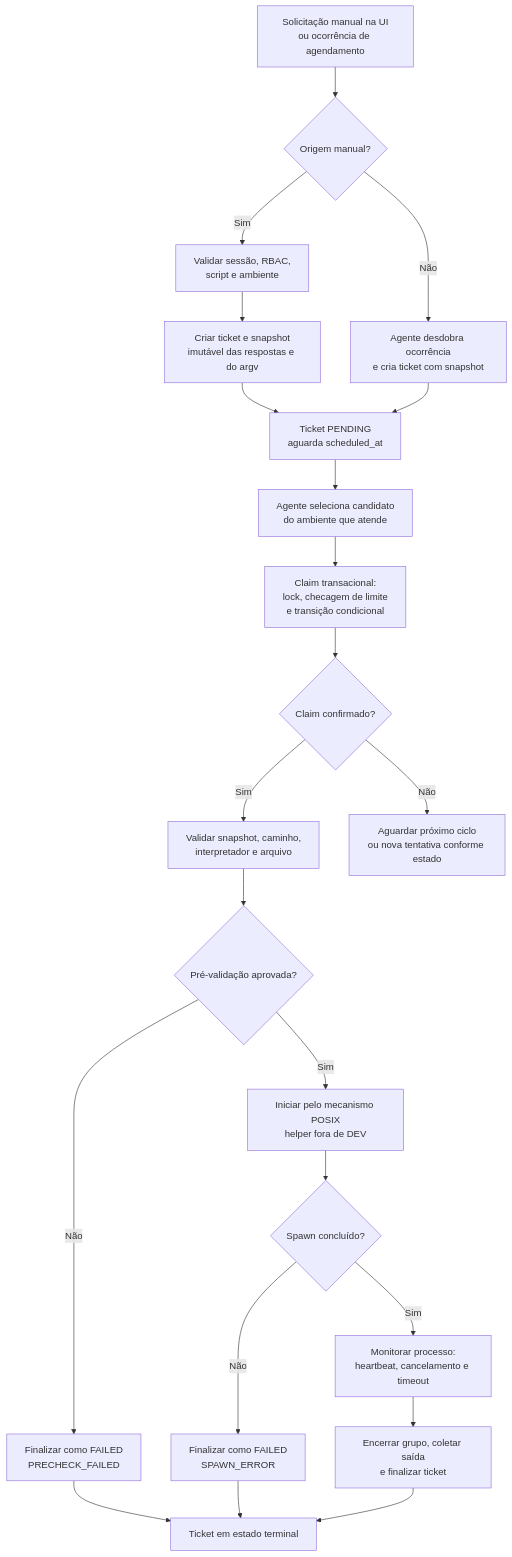
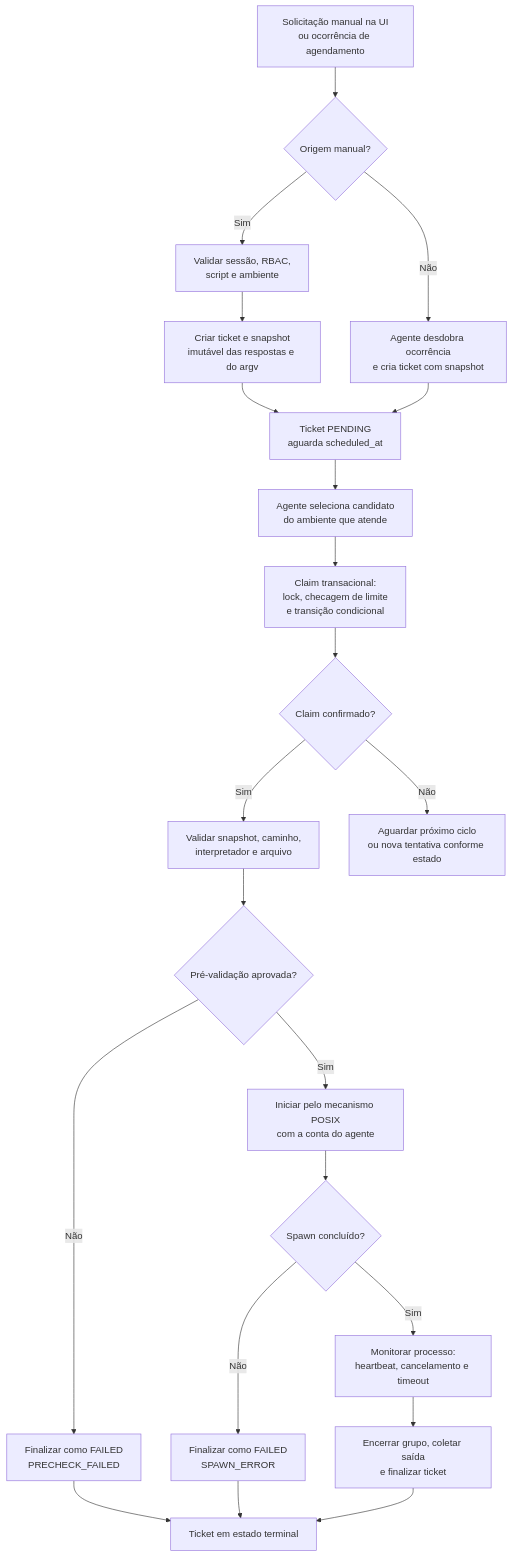
One commit to ferreirasilvaeduardo/script_scheduling_service_web2py changed the second of 2 diagrams in README.md. Above: the diagram before and after it, drawn with Mermaid. The commit also changed other lines of this file and 87 other files, not shown here.

````diff
--- a/README.md
+++ b/README.md
@@ -3138,33 +3093,33 @@
 ```mermaid
 flowchart TD
     start["Solicitação manual na UI<br/>ou ocorrência de agendamento"]
     manual{"Origem manual?"}
     authorize["Validar sessão, RBAC,<br/>script e ambiente"]
     manual_ticket["Criar ticket e snapshot<br/>imutável das respostas e do argv"]
     schedule["Agente desdobra ocorrência<br/>e cria ticket com snapshot"]
     pending["Ticket PENDING<br/>aguarda scheduled_at"]
     select["Agente seleciona candidato<br/>do ambiente que atende"]
     claim["Claim transacional:<br/>lock, checagem de limite<br/>e transição condicional"]
     claimed{"Claim confirmado?"}
     precheck["Validar snapshot, caminho,<br/>interpretador e arquivo"]
     valid{"Pré-validação aprovada?"}
-    spawn["Iniciar pelo mecanismo POSIX<br/>helper fora de DEV"]
+    spawn["Iniciar pelo mecanismo POSIX<br/>com a conta do agente"]
     spawned{"Spawn concluído?"}
     monitor["Monitorar processo:<br/>heartbeat, cancelamento e timeout"]
     finish["Encerrar grupo, coletar saída<br/>e finalizar ticket"]
     precheck_failed["Finalizar como FAILED<br/>PRECHECK_FAILED"]
     spawn_failed["Finalizar como FAILED<br/>SPAWN_ERROR"]
     terminal["Ticket em estado terminal"]
     wait["Aguardar próximo ciclo<br/>ou nova tentativa conforme estado"]
 
     start --> manual
     manual -- "Sim" --> authorize --> manual_ticket --> pending
     manual -- "Não" --> schedule --> pending
     pending --> select --> claim --> claimed
     claimed -- "Não" --> wait
     claimed -- "Sim" --> precheck --> valid
     valid -- "Não" --> precheck_failed --> terminal
     valid -- "Sim" --> spawn --> spawned
     spawned -- "Não" --> spawn_failed --> terminal
     spawned -- "Sim" --> monitor --> finish --> terminal
 ```
````
